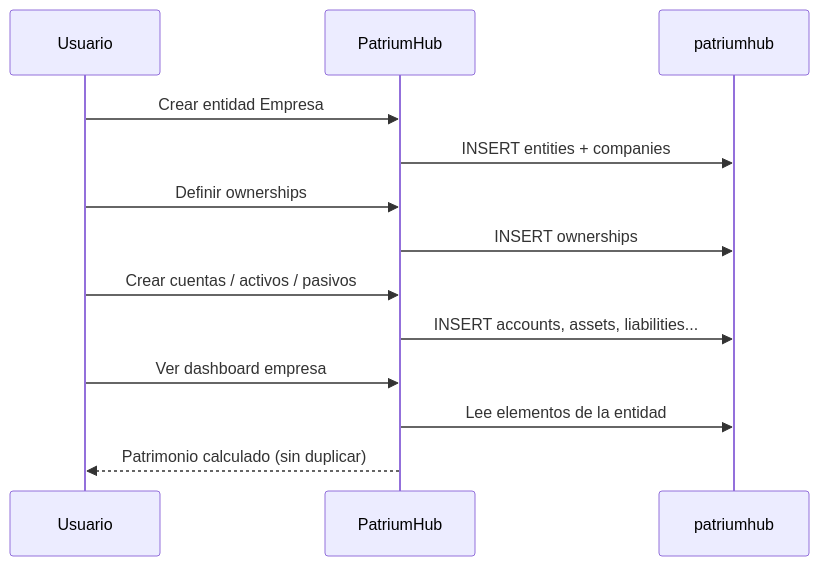
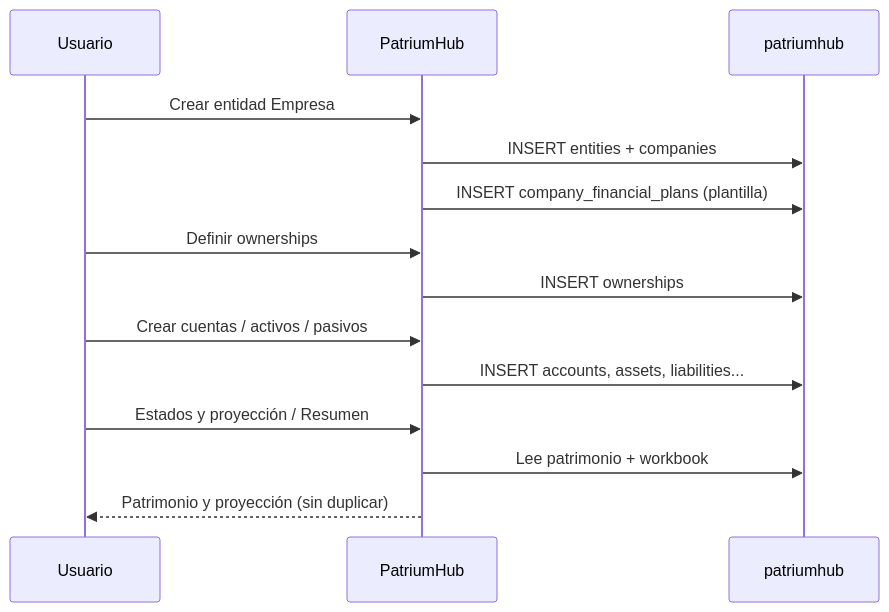
One commit to PatriumHub/Arquitectura changed the second of 5 diagrams in 03-arquitectura-sistema.md. Above: the diagram before and after it, drawn with Mermaid. The commit also changed 8 other files, not shown here.

````diff
--- a/03-arquitectura-sistema.md
+++ b/03-arquitectura-sistema.md
@@ -66,16 +66,17 @@
 ```mermaid
 sequenceDiagram
   participant U as Usuario
   participant App as PatriumHub
   participant DB as patriumhub
 
   U->>App: Crear entidad Empresa
   App->>DB: INSERT entities + companies
+  App->>DB: INSERT company_financial_plans (plantilla)
   U->>App: Definir ownerships
   App->>DB: INSERT ownerships
   U->>App: Crear cuentas / activos / pasivos
   App->>DB: INSERT accounts, assets, liabilities...
-  U->>App: Ver dashboard empresa
-  App->>DB: Lee elementos de la entidad
-  App-->>U: Patrimonio calculado (sin duplicar)
+  U->>App: Estados y proyección / Resumen
+  App->>DB: Lee patrimonio + workbook
+  App-->>U: Patrimonio y proyección (sin duplicar)
 ```
````
